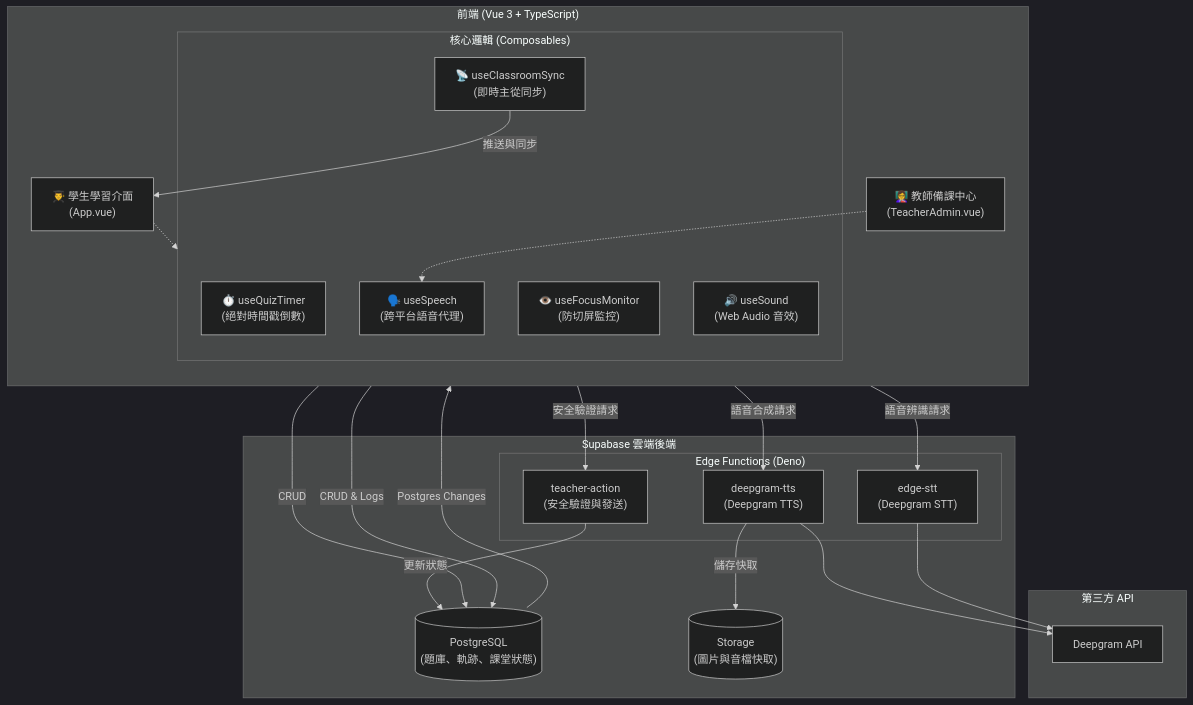
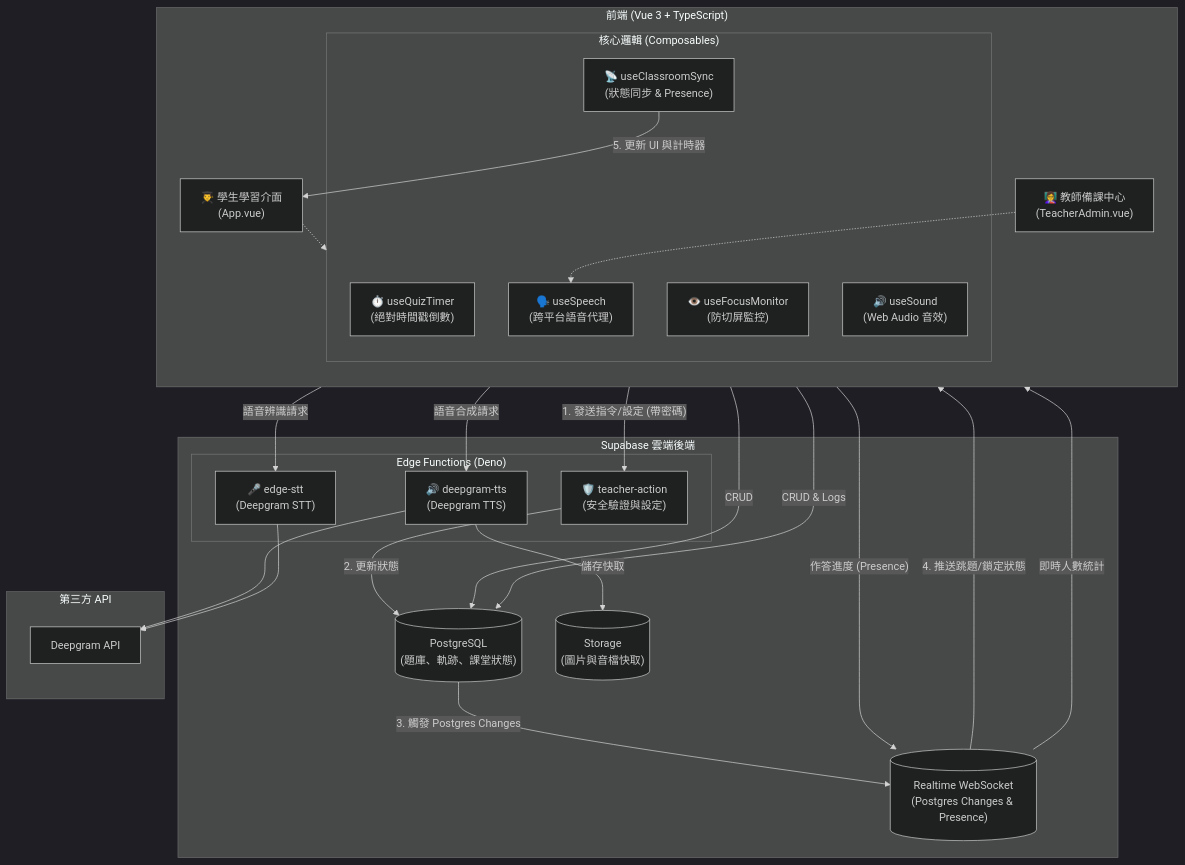
The first of 2 diagrams in README.zh-TW.md (ylin3-learner/anime-character-hunter-lite), drawn with Mermaid (dark theme) before and after one commit. The commit also changed other lines of this file and 1 other file, not shown here.

First line of the commit message:
docs(readme): document presence tracking and class mode lock features

````diff
--- a/README.zh-TW.md
+++ b/README.zh-TW.md
@@ -62,51 +75,57 @@
 ```mermaid
 graph TD
     subgraph Client ["前端 (Vue 3 + TypeScript)"]
         direction TB
         AdminUI["👩‍🏫 教師備課中心<br>(TeacherAdmin.vue)"]
         StudentUI["👨‍🎓 學生學習介面<br>(App.vue)"]
         
         subgraph Composables ["核心邏輯 (Composables)"]
             Timer["⏱️ useQuizTimer<br>(絕對時間戳倒數)"]
             Focus["👁️ useFocusMonitor<br>(防切屏監控)"]
             Sound["🔊 useSound<br>(Web Audio 音效)"]
             Speech["🗣️ useSpeech<br>(跨平台語音代理)"]
-            Sync["📡 useClassroomSync<br>(即時主從同步)"]
+            Sync["📡 useClassroomSync<br>(狀態同步 & Presence)"]
         end
     end
 
     subgraph Supabase ["Supabase 雲端後端"]
         DB[("PostgreSQL<br>(題庫、軌跡、課堂狀態)")]
+        Realtime[("Realtime WebSocket<br>(Postgres Changes & Presence)")]
         Storage[("Storage<br>(圖片與音檔快取)")]
         
         subgraph EdgeFunctions ["Edge Functions (Deno)"]
-            Action_Proxy["teacher-action<br>(安全驗證與發送)"]
-            TTS_Proxy["deepgram-tts<br>(Deepgram TTS)"]
-            STT_Proxy["edge-stt<br>(Deepgram STT)"]
+            Action_Proxy["🛡️ teacher-action<br>(安全驗證與設定)"]
+            TTS_Proxy["🔊 deepgram-tts<br>(Deepgram TTS)"]
+            STT_Proxy["🎤 edge-stt<br>(Deepgram STT)"]
         end
     end
 
     subgraph ThirdParty ["第三方 API"]
         Deepgram["Deepgram API"]
     end
 
     %% 資料流
-    AdminUI -- "安全驗證請求" --> Action_Proxy
-    Action_Proxy -- "更新狀態" --> DB
-    DB -- "Postgres Changes" --> Sync
-    Sync -- "推送與同步" --> StudentUI
+    AdminUI -- "1. 發送指令/設定 (帶密碼)" --> Action_Proxy
+    Action_Proxy -- "2. 更新狀態" --> DB
+    DB -- "3. 觸發 Postgres Changes" --> Realtime
+    Realtime -- "4. 推送跳題/鎖定狀態" --> Sync
+    Sync -- "5. 更新 UI 與計時器" --> StudentUI
+    
+    %% Presence 流
+    StudentUI -- "作答進度 (Presence)" --> Realtime
+    Realtime -- "即時人數統計" --> AdminUI
     
     AdminUI -- "CRUD" --> DB
     StudentUI -- "CRUD & Logs" --> DB
     
     StudentUI -- "語音合成請求" --> TTS_Proxy
     TTS_Proxy --> Deepgram
     TTS_Proxy -- "儲存快取" --> Storage
     
     StudentUI -- "語音辨識請求" --> STT_Proxy
     STT_Proxy --> Deepgram
 
     %% 邏輯依賴
     StudentUI -.-> Composables
     AdminUI -.-> Speech
 ```
````
